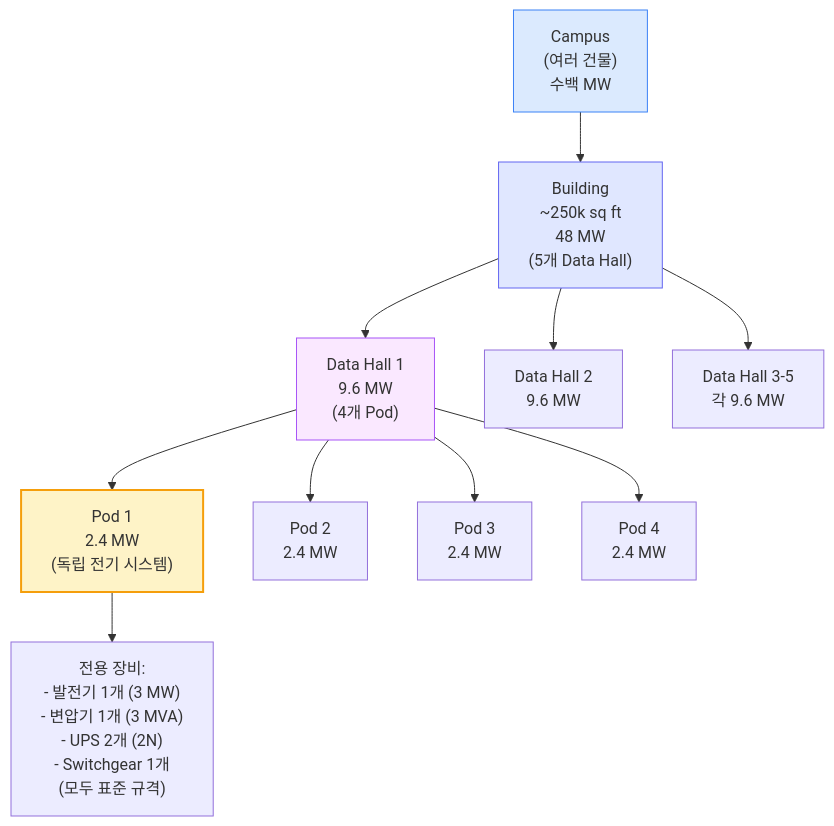
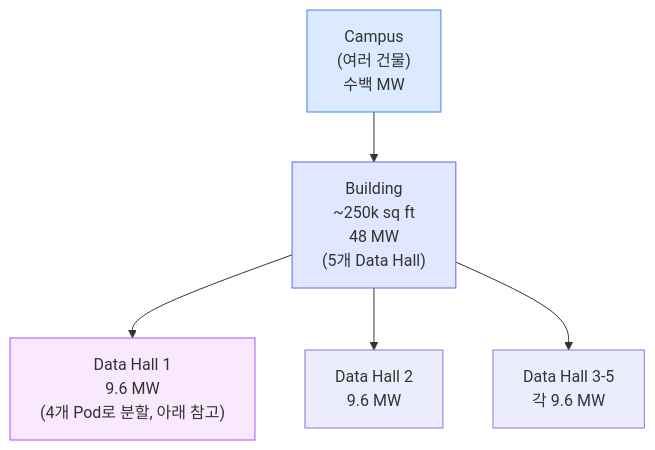
Before and after one commit to yohan4477/semi-report: the ninth of 11 diagrams in 원본 해석/[241014] 데이터센터 해부학 Part 1 - 전기 시스템.md, drawn with Mermaid. The commit also changed other lines of this file and 2 other files, not shown here.

First line of the commit message:
Fix diagram width violations (v14.0) in Part1/doc1/doc3

````diff
--- a/원본 해석/[241014] 데이터센터 해부학 Part 1 - 전기 시스템.md
+++ b/원본 해석/[241014] 데이터센터 해부학 Part 1 - 전기 시스템.md
@@ -455,20 +449,12 @@
 ```mermaid
 flowchart TD
     Campus["Campus<br/>(여러 건물)<br/>수백 MW"] --> Building["Building<br/>~250k sq ft<br/>48 MW<br/>(5개 Data Hall)"]
 
-    Building --> Hall1["Data Hall 1<br/>9.6 MW<br/>(4개 Pod)"]
+    Building --> Hall1["Data Hall 1<br/>9.6 MW<br/>(4개 Pod로 분할, 아래 참고)"]
     Building --> Hall2["Data Hall 2<br/>9.6 MW"]
     Building --> Hall3["Data Hall 3-5<br/>각 9.6 MW"]
-
-    Hall1 --> Pod1["Pod 1<br/>2.4 MW<br/>(독립 전기 시스템)"]
-    Hall1 --> Pod2["Pod 2<br/>2.4 MW"]
-    Hall1 --> Pod3["Pod 3<br/>2.4 MW"]
-    Hall1 --> Pod4["Pod 4<br/>2.4 MW"]
-
-    Pod1 --> Equipment["전용 장비:<br/>- 발전기 1개 (3 MW)<br/>- 변압기 1개 (3 MVA)<br/>- UPS 2개 (2N)<br/>- Switchgear 1개<br/>(모두 표준 규격)"]
 
     style Campus fill:#dbeafe,stroke:#3b82f6
     style Building fill:#e0e7ff,stroke:#6366f1
     style Hall1 fill:#fae8ff,stroke:#a855f7
-    style Pod1 fill:#fef3c7,stroke:#f59e0b,stroke-width:2px
 ```
````
